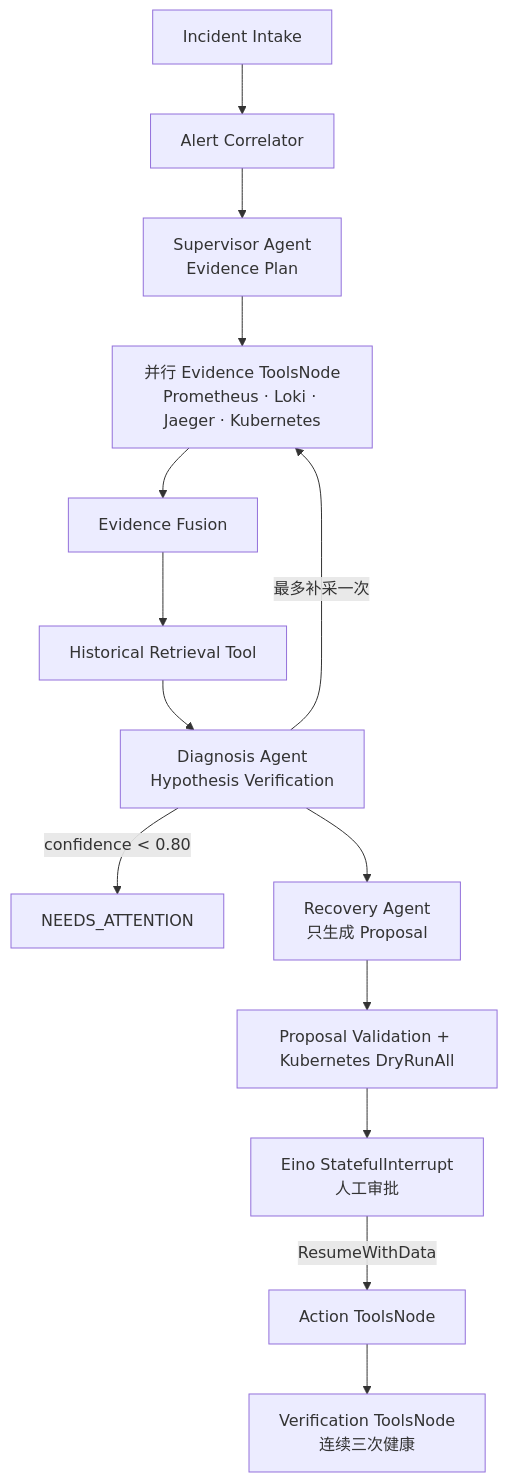
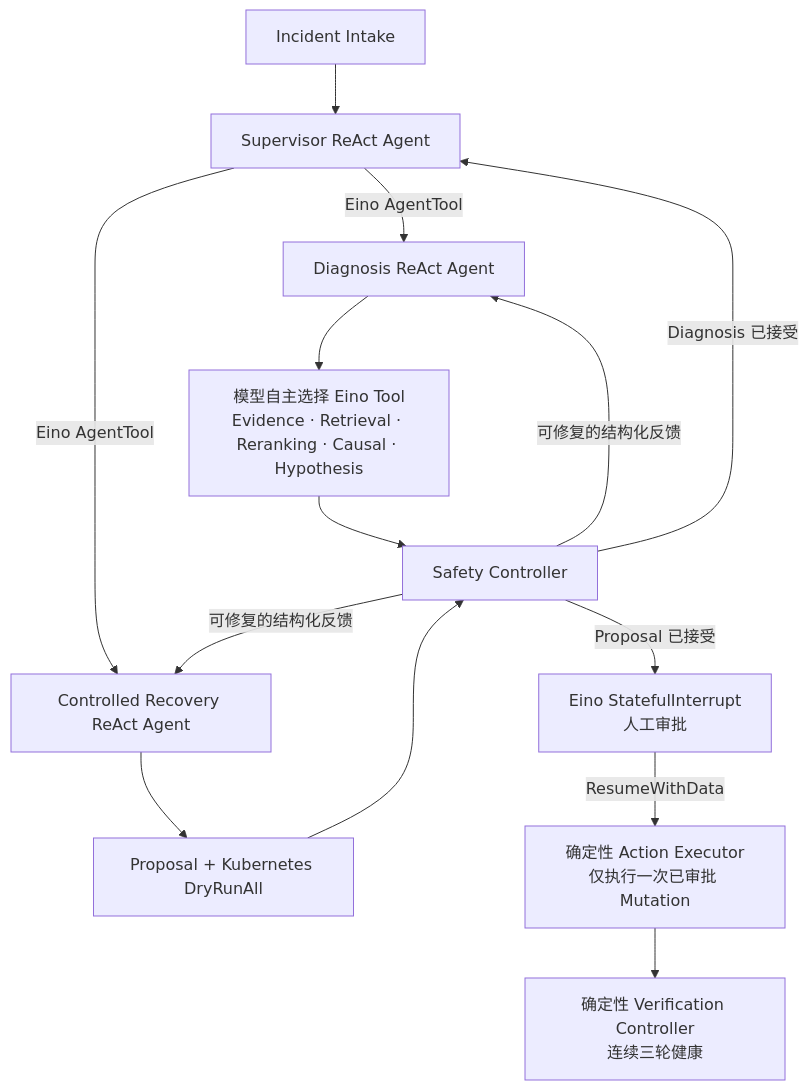
Before and after one commit to GongShichen/kubepilot-aiops: the diagram in README.zh-CN.md, drawn with Mermaid. The commit also changed other lines of this file and 101 other files, not shown here.

Commit message:
refactor: complete agent runtime and retrieval

````diff
--- a/README.zh-CN.md
+++ b/README.zh-CN.md
@@ -23,16 +23,16 @@
 ```mermaid
 flowchart TD
-    A["Incident Intake"] --> B["Alert Correlator"]
-    B --> S["Supervisor Agent<br/>Evidence Plan"]
-    S --> T["并行 Evidence ToolsNode<br/>Prometheus · Loki · Jaeger · Kubernetes"]
-    T --> F["Evidence Fusion"]
-    F --> H["Historical Retrieval Tool"]
-    H --> D["Diagnosis Agent<br/>Hypothesis Verification"]
-    D -->|"最多补采一次"| T
-    D -->|"confidence < 0.80"| N["NEEDS_ATTENTION"]
-    D --> R["Recovery Agent<br/>只生成 Proposal"]
-    R --> V["Proposal Validation + Kubernetes DryRunAll"]
-    V --> I["Eino StatefulInterrupt<br/>人工审批"]
-    I -->|"ResumeWithData"| X["Action ToolsNode"]
-    X --> Q["Verification ToolsNode<br/>连续三次健康"]
+    A["Incident Intake"] --> S["Supervisor ReAct Agent"]
+    S -->|"Eino AgentTool"| D["Diagnosis ReAct Agent"]
+    D --> T["模型自主选择 Eino Tool<br/>Evidence · Retrieval · Reranking · Causal · Hypothesis"]
+    T --> G["Safety Controller"]
+    G -->|"可修复的结构化反馈"| D
+    G -->|"Diagnosis 已接受"| S
+    S -->|"Eino AgentTool"| R["Controlled Recovery ReAct Agent"]
+    R --> P["Proposal + Kubernetes DryRunAll"]
+    P --> G
+    G -->|"可修复的结构化反馈"| R
+    G -->|"Proposal 已接受"| I["Eino StatefulInterrupt<br/>人工审批"]
+    I -->|"ResumeWithData"| X["确定性 Action Executor<br/>仅执行一次已审批 Mutation"]
+    X --> Q["确定性 Verification Controller<br/>连续三轮健康"]
 ```
````
